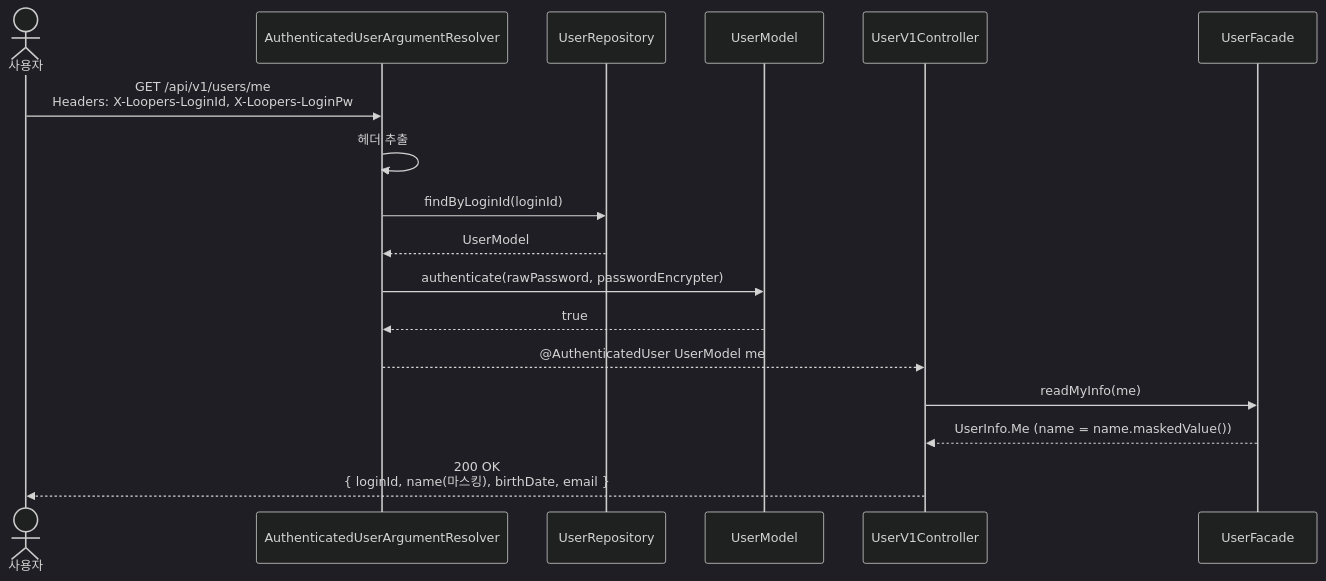
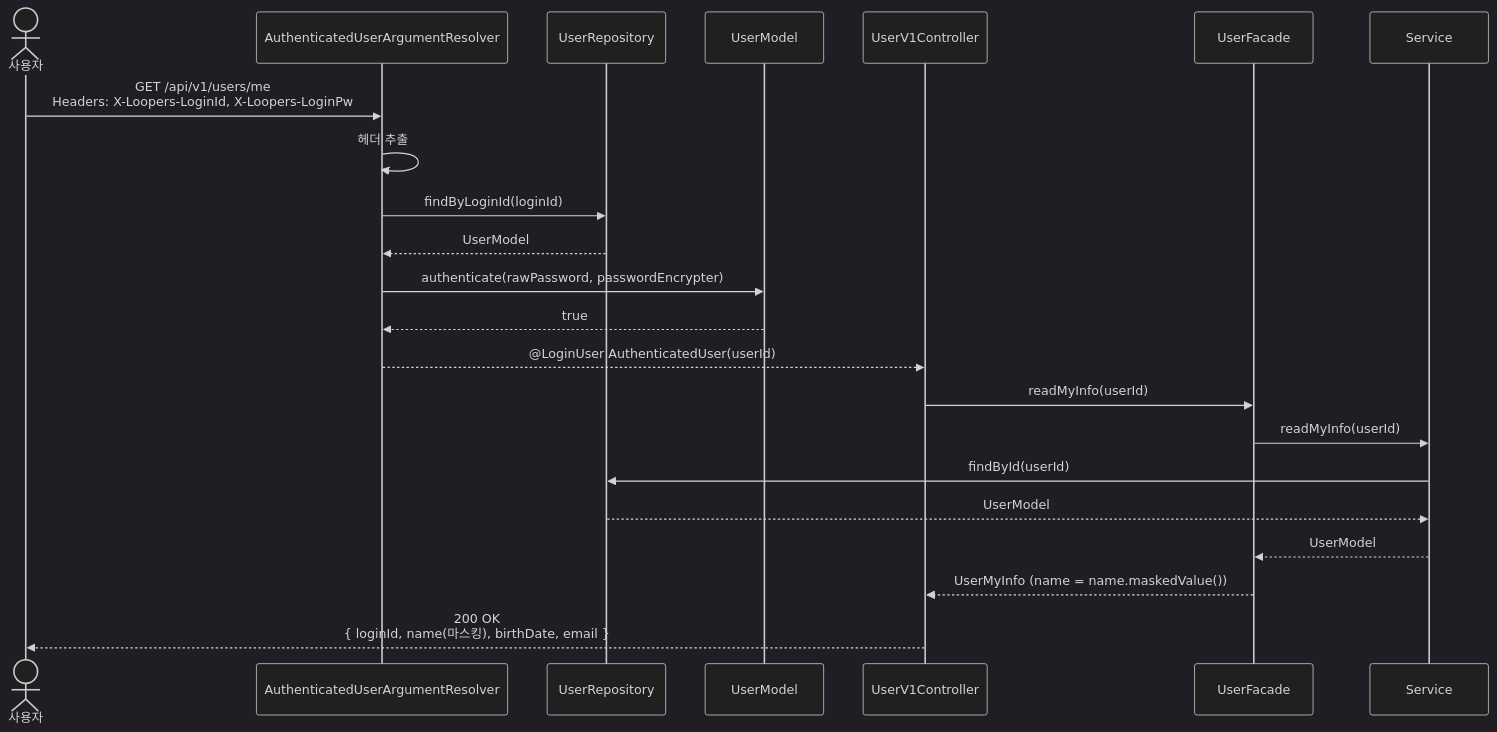
Before and after one commit to loopers-labs/loop-pack-be-l2-vol4-java: the first of 3 diagrams in docs/volume-1/내_정보_조회/요구사항_명세.md, drawn with Mermaid (dark theme). The commit also changed other lines of this file and 1 other file, not shown here.

Commit message:
test: E2E 픽스처를 회원가입 REST 호출 대신 Repository.save로 직접 변경
- ReadMyInfo Nested의 seedUser를 UserJpaRepository.save 직접 호출로 변경: 회원가입 API 의존성 제거, 호출 오버헤드 감소 (통합 테스트 fixture 컨벤션과 일관)
- PasswordEncrypter를 클래스 레벨로 추가 주입 (UserModel.builder에서 사용)
- 요구사항_명세.md 5.1 정상 시나리오를 Resolver→AuthenticatedUser(userId)→Facade→Service→Repository.findById 흐름으로 갱신

````diff
--- a/docs/volume-1/내_정보_조회/요구사항_명세.md
+++ b/docs/volume-1/내_정보_조회/요구사항_명세.md
@@ -52,20 +52,24 @@
 ```mermaid
 sequenceDiagram
     actor User as 사용자
     participant Resolver as AuthenticatedUserArgumentResolver
     participant Repository as UserRepository
     participant Domain as UserModel
     participant Controller as UserV1Controller
     participant Facade as UserFacade
 
     User->>Resolver: GET /api/v1/users/me<br/>Headers: X-Loopers-LoginId, X-Loopers-LoginPw
     Resolver->>Resolver: 헤더 추출
     Resolver->>Repository: findByLoginId(loginId)
     Repository-->>Resolver: UserModel
     Resolver->>Domain: authenticate(rawPassword, passwordEncrypter)
     Domain-->>Resolver: true
-    Resolver-->>Controller: @AuthenticatedUser UserModel me
-    Controller->>Facade: readMyInfo(me)
-    Facade-->>Controller: UserInfo.Me (name = name.maskedValue())
+    Resolver-->>Controller: @LoginUser AuthenticatedUser(userId)
+    Controller->>Facade: readMyInfo(userId)
+    Facade->>Service: readMyInfo(userId)
+    Service->>Repository: findById(userId)
+    Repository-->>Service: UserModel
+    Service-->>Facade: UserModel
+    Facade-->>Controller: UserMyInfo (name = name.maskedValue())
     Controller-->>User: 200 OK<br/>{ loginId, name(마스킹), birthDate, email }
 ```
````
